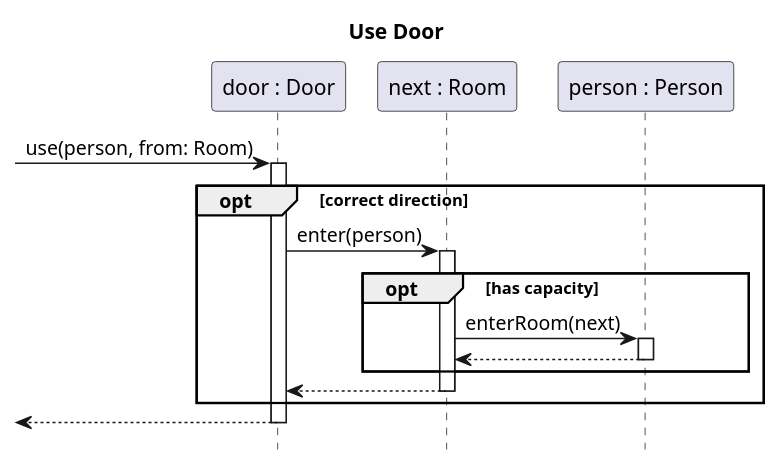
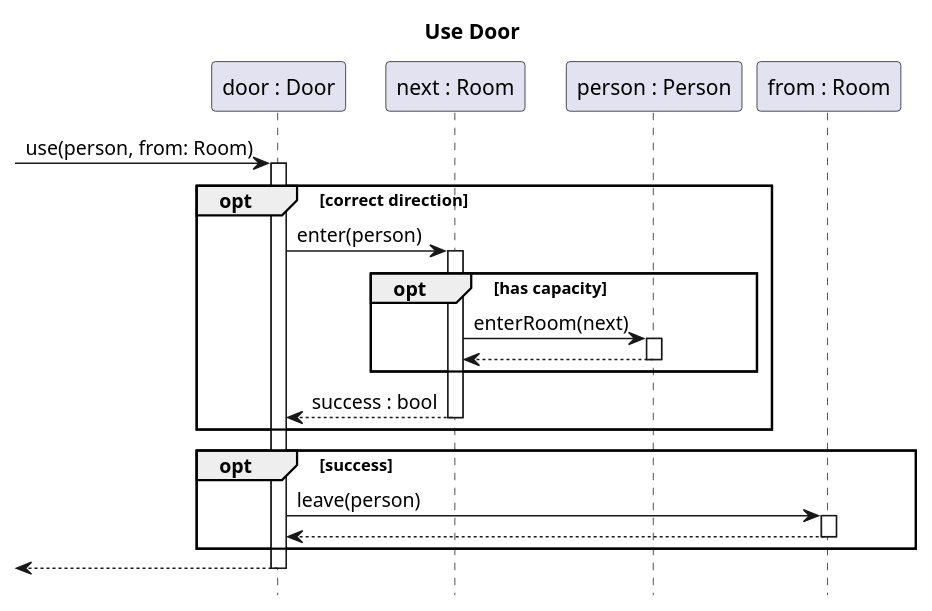
The diagram in docs/diagrams/sequence/door-use.puml (sn4k3ch4rm3r/logarlec), drawn with PlantUML before and after one commit. The commit also changed 9 other files, not shown here.

```diff
--- a/docs/diagrams/sequence/door-use.puml
+++ b/docs/diagrams/sequence/door-use.puml
@@ -1,18 +1,23 @@
 @startuml door-use
 title Use Door
 hide footbox
 participant "door : Door" as door
 participant "next : Room" as next
 participant "person : Person" as person
+participant "from : Room" as from
 
 [-> door ++: use(person, from: Room) 
-opt correct direction
-	door -> next ++: enter(person)
-		opt has capacity
-			next -> person ++: enterRoom(next)
-			return
-		end
-	return
-end
+	opt correct direction
+		door -> next ++: enter(person)
+			opt has capacity
+				next -> person ++: enterRoom(next)
+				return
+			end
+		return success : bool
+	end
+	opt success
+		door -> from ++: leave(person)
+		return
+	end
 return
 @enduml
```
